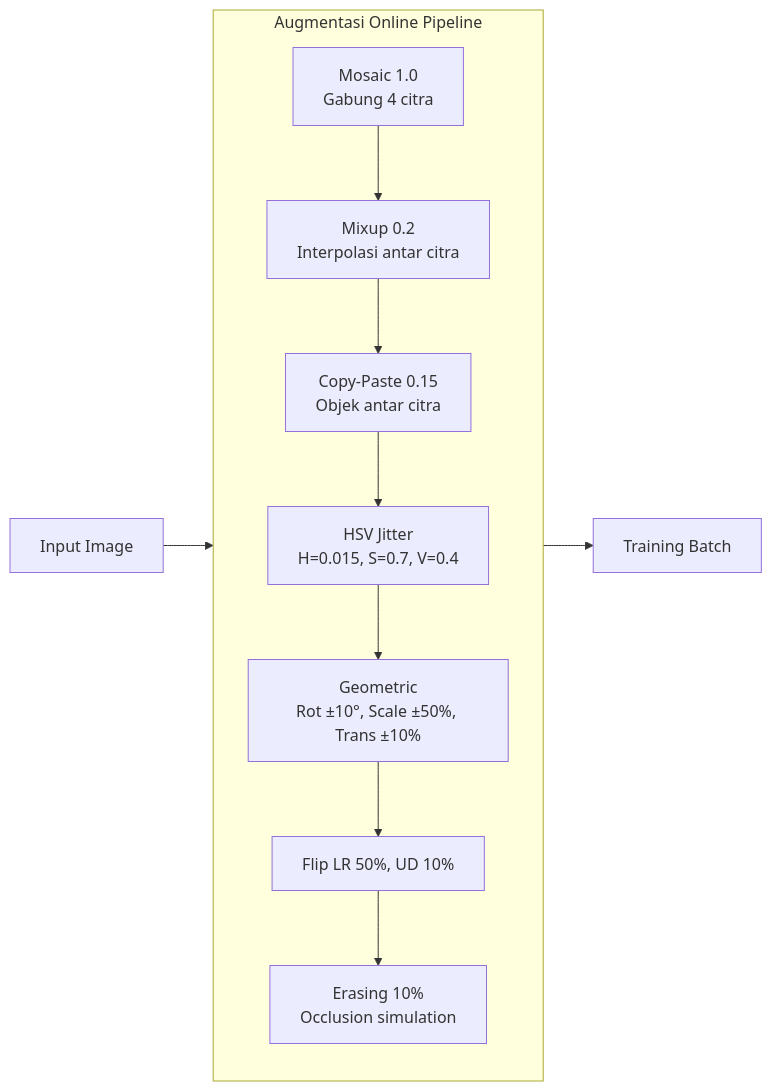
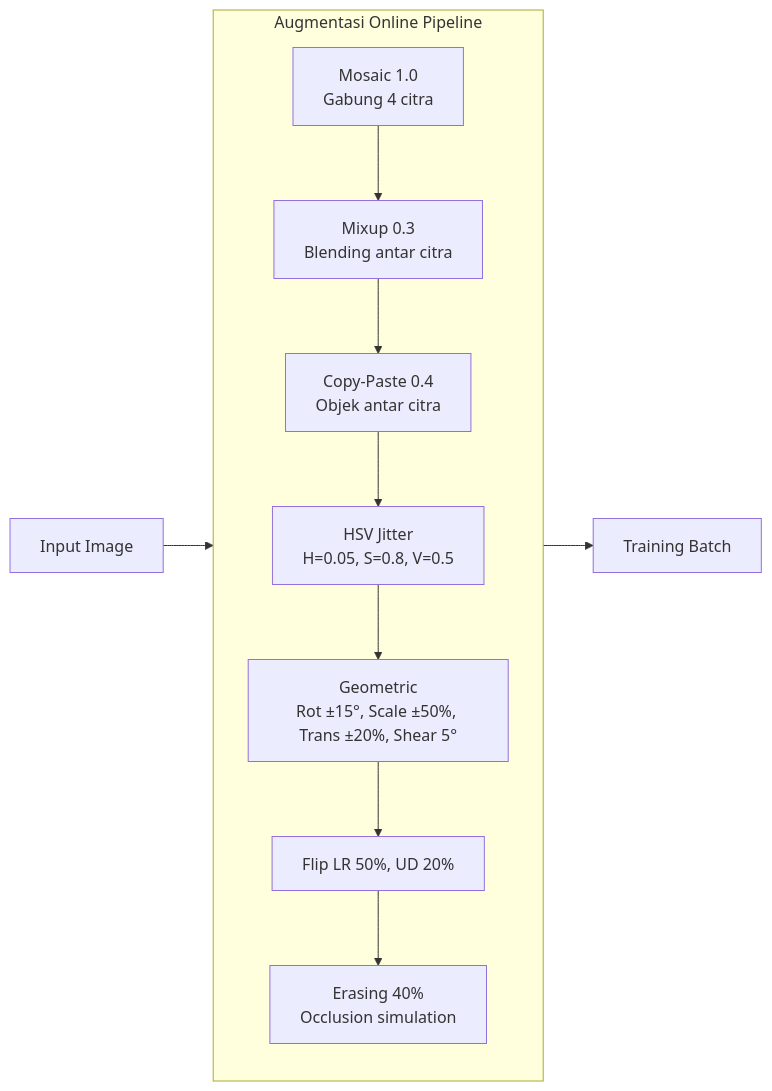
Before and after one commit to aryaw/SmartBin: diagram 11 of 14 in proposalPaper/presentation.md, drawn with Mermaid. The commit also changed other lines of this file and 2 other files, not shown here.

````diff
--- a/proposalPaper/presentation.md
+++ b/proposalPaper/presentation.md
@@ -362,13 +399,13 @@
 ```mermaid
 flowchart LR
     subgraph Online[Augmentasi Online Pipeline]
-        M[Mosaic 1.0<br/>Gabung 4 citra] --> MX[Mixup 0.2<br/>Interpolasi antar citra]
-        MX --> CP[Copy-Paste 0.15<br/>Objek antar citra]
-        CP --> H[HSV Jitter<br/>H=0.015, S=0.7, V=0.4]
-        H --> G[Geometric<br/>Rot ±10°, Scale ±50%, Trans ±10%]
-        G --> F[Flip LR 50%, UD 10%]
-        F --> E[Erasing 10%<br/>Occlusion simulation]
+        M[Mosaic 1.0<br/>Gabung 4 citra] --> MX[Mixup 0.3<br/>Blending antar citra]
+        MX --> CP[Copy-Paste 0.4<br/>Objek antar citra]
+        CP --> H[HSV Jitter<br/>H=0.05, S=0.8, V=0.5]
+        H --> G[Geometric<br/>Rot ±15°, Scale ±50%, Trans ±20%, Shear 5°]
+        G --> F[Flip LR 50%, UD 20%]
+        F --> E[Erasing 40%<br/>Occlusion simulation]
     end
     I[Input Image] --> Online
     Online --> O[Training Batch]
 ```
````
